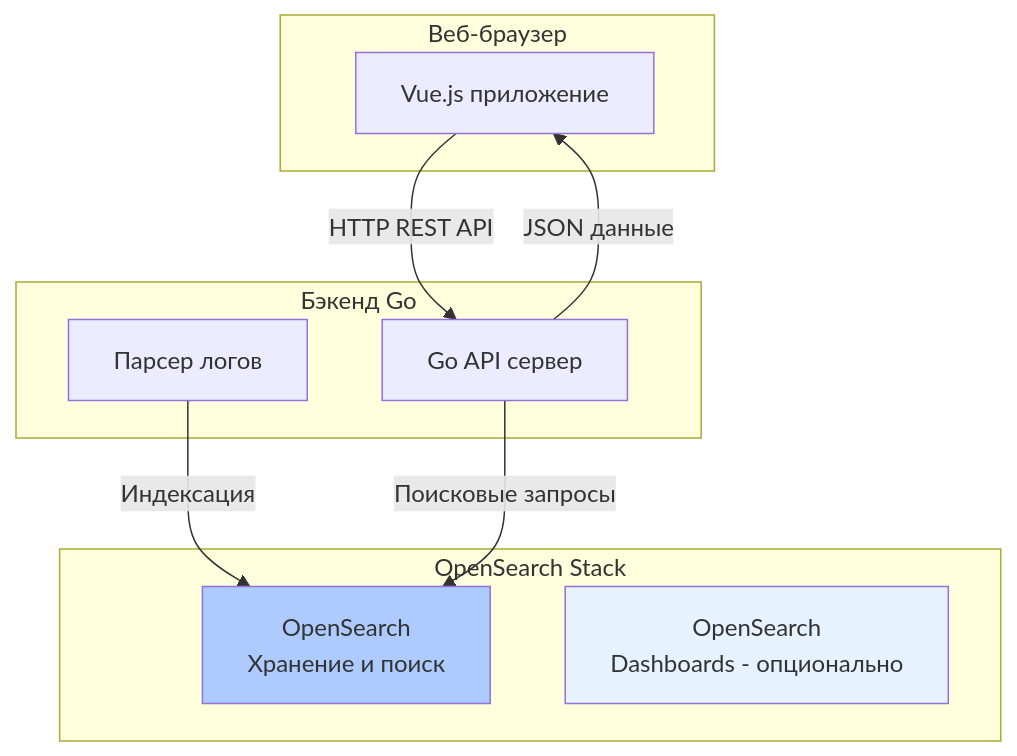
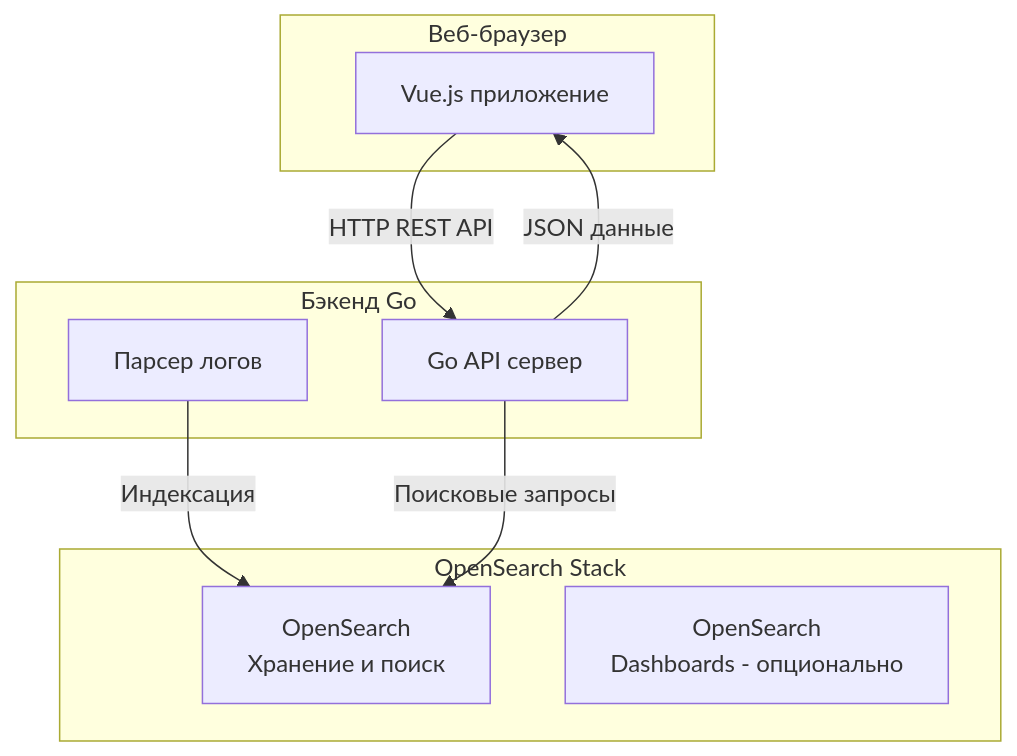
One commit to Juloadexe/hackathon-regsos changed the third of 3 diagrams in docs/schemes.md. Above: the diagram before and after it, drawn with Mermaid.

````diff
--- a/docs/schemes.md
+++ b/docs/schemes.md
@@ -42,24 +42,22 @@
 ```mermaid
 graph TB
     subgraph WebBrowser [Веб-браузер]
         UI[Vue.js приложение]
     end
     
     subgraph BackendServer [Бэкенд Go]
         API[Go API сервер]
         PARSER[Парсер логов]
     end
     
     subgraph OpenSearchStack [OpenSearch Stack]
         OS[OpenSearch<br/>Хранение и поиск]
         DASH[OpenSearch<br/>Dashboards - опционально]
     end
     
     UI -- "HTTP REST API" --> API
     API -- "JSON данные" --> UI
     PARSER -- "Индексация" --> OS
     API -- "Поисковые запросы" --> OS
     
-    style OS fill:#aecbff
-    style DASH fill:#e6f3ff
 ```
````
